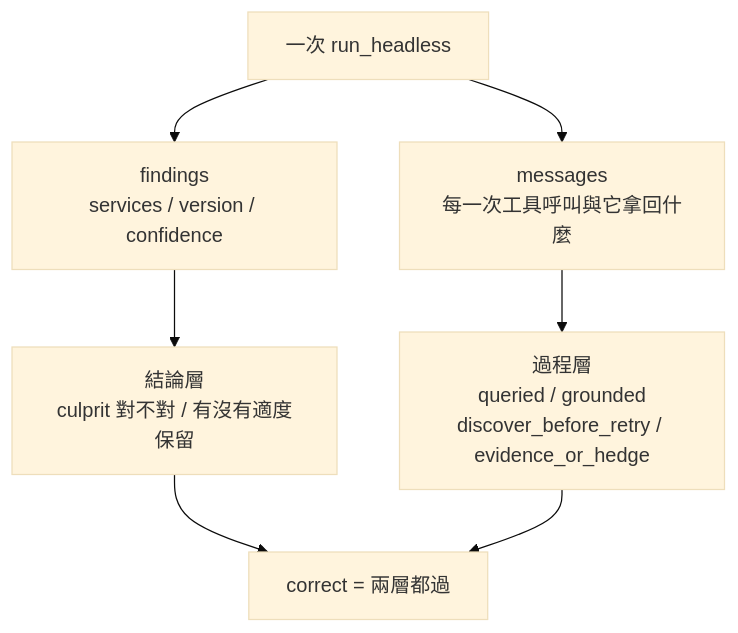
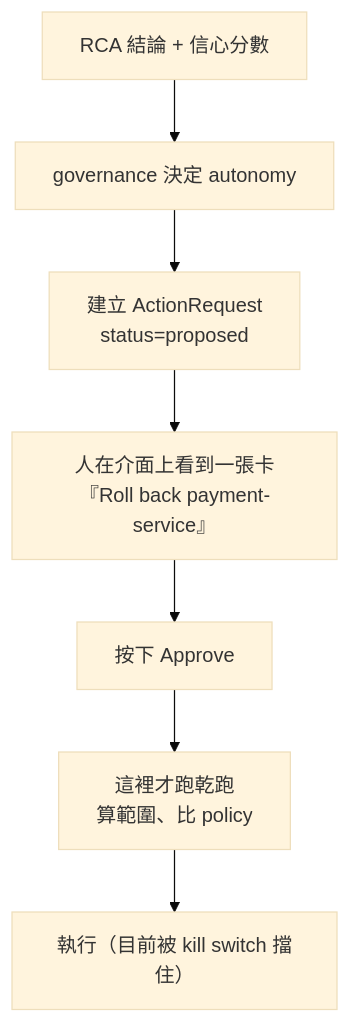
One commit to tedmax100/o11y-bench changed the diagram in weaver-demo/ironman-2026/day24.md. Above: the diagram before and after it, drawn with Mermaid (base theme). The commit also changed other lines of this file and 29 other files, not shown here.

````diff
--- a/weaver-demo/ironman-2026/day24.md
+++ b/weaver-demo/ironman-2026/day24.md
@@ -156,9 +128,9 @@
 ```mermaid
 flowchart TB
-    R["一次 run_headless"] --> F["findings<br/>services / version / confidence"]
-    R --> T["messages<br/>每一次工具呼叫與它拿回什麼"]
-    F --> V["結論層<br/>culprit 對不對 / 有沒有適度保留"]
-    T --> P["過程層<br/>queried / grounded<br/>discover_before_retry / evidence_or_hedge"]
-    V --> S["correct = 兩層都過"]
-    P --> S
+    R["RCA 結論 + 信心分數"] --> G["governance 決定 autonomy"]
+    G --> P["建立 ActionRequest<br/>status=proposed"]
+    P --> H["人在介面上看到一張卡<br/>『Roll back payment-service』"]
+    H --> A["按下 Approve"]
+    A --> DR["這裡才跑乾跑<br/>算範圍、比 policy"]
+    DR --> X["執行（目前被 kill switch 擋住）"]
 ```
````
